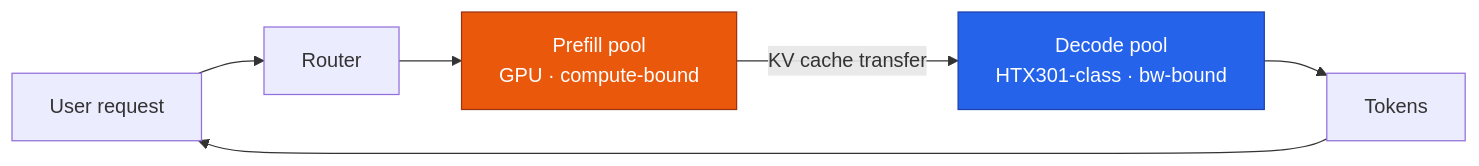
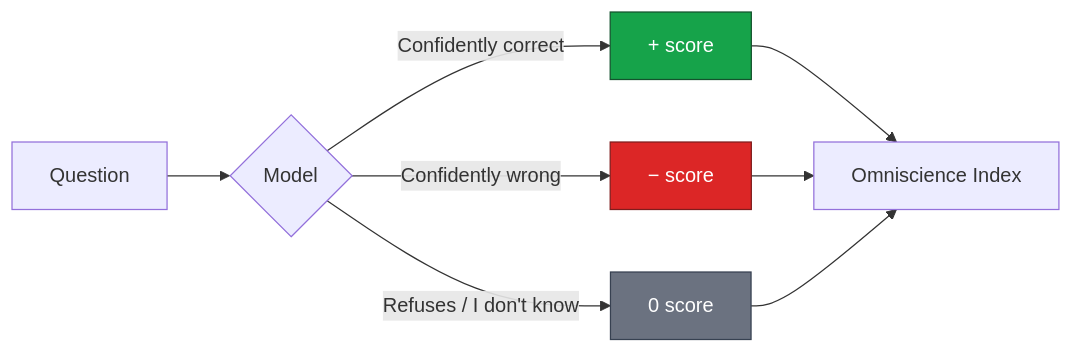
Before and after one commit to voyarchie/llm-updates: the first of 3 diagrams in 2026-Apr-30/2026-Apr-30_LLM_updates.md, drawn with Mermaid. The commit also changed other lines of this file and 2 other files, not shown here.

````diff
--- a/2026-Apr-30/2026-Apr-30_LLM_updates.md
+++ b/2026-Apr-30/2026-Apr-30_LLM_updates.md
@@ -189,12 +136,16 @@
 ```mermaid
 flowchart LR
-    U[User request] --> R[Router]
-    R --> PF[Prefill pool<br/>GPU · compute-bound]
-    PF -- KV cache transfer --> DC[Decode pool<br/>HTX301-class · bw-bound]
-    DC --> Tok[Tokens]
-    Tok --> U
-    classDef pf fill:#ea580c,stroke:#9a3412,color:#fff
-    classDef dc fill:#2563eb,stroke:#1e40af,color:#fff
-    class PF pf
-    class DC dc
+    Q[Question] --> M{Model}
+    M -->|Confidently correct| OK[+ score]
+    M -->|Confidently wrong| BAD[− score]
+    M -->|Refuses / I don't know| ZERO[0 score]
+    OK --> Idx[Omniscience Index]
+    BAD --> Idx
+    ZERO --> Idx
+    classDef good fill:#16a34a,stroke:#14532d,color:#fff
+    classDef bad fill:#dc2626,stroke:#7f1d1d,color:#fff
+    classDef neutral fill:#6b7280,stroke:#374151,color:#fff
+    class OK good
+    class BAD bad
+    class ZERO neutral
 ```
````
